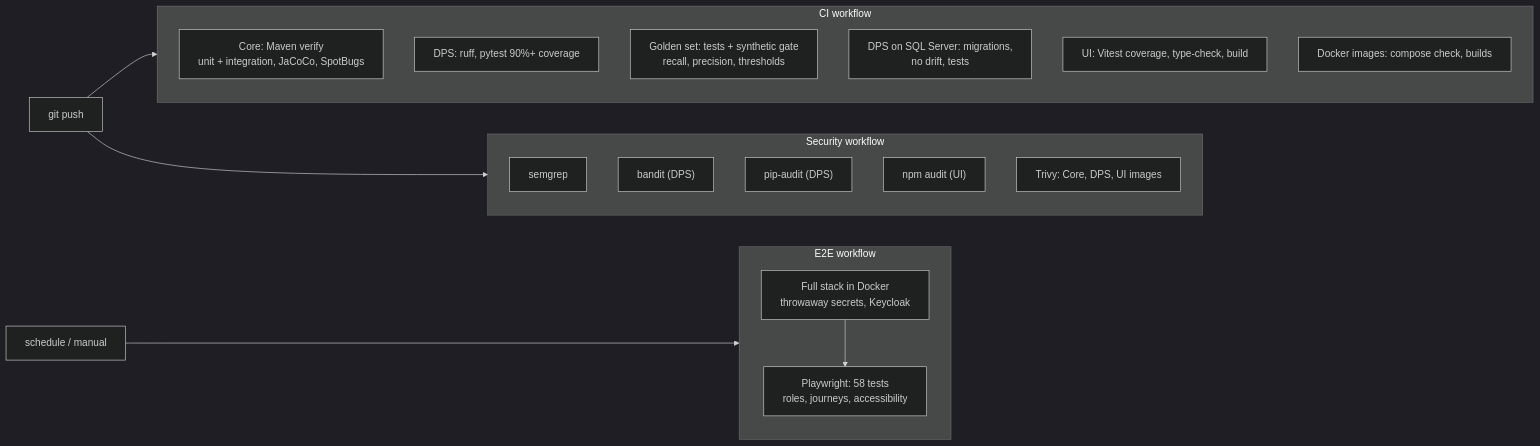
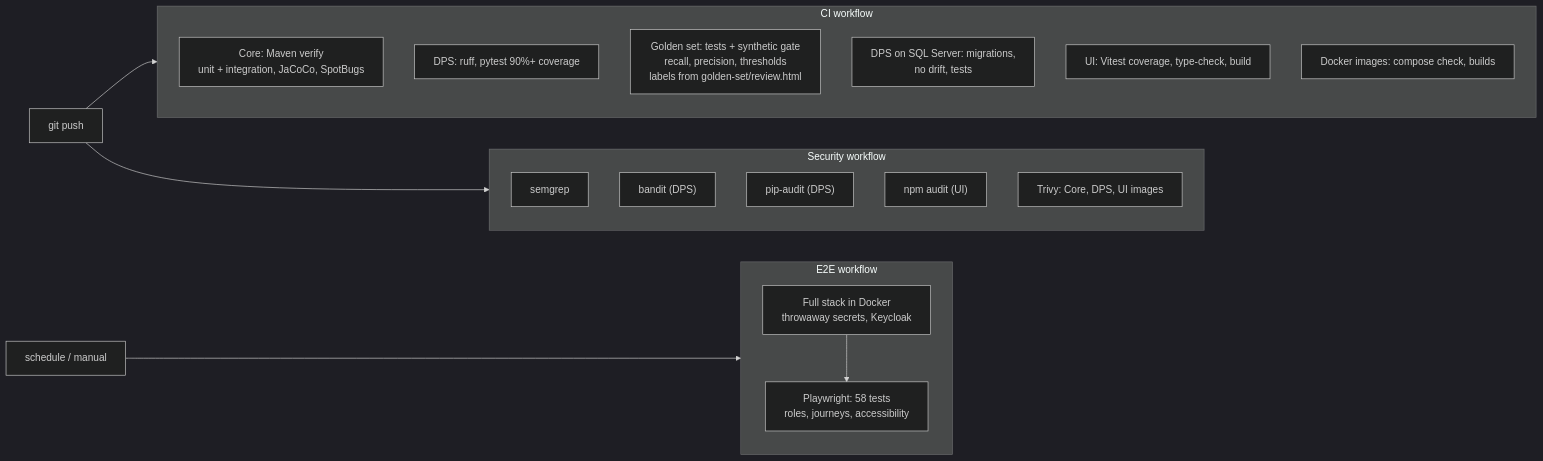
One commit to Vishwas2311/loan-covenant-platform changed the tenth of 10 diagrams in docs/architecture/covenant-platform.md. Above: the diagram before and after it, drawn with Mermaid (dark theme). The commit also changed other lines of this file, not shown here.

First line of the commit message:
docs(architecture): add 17 built features missing from the Covenexa page

````diff
--- a/docs/architecture/covenant-platform.md
+++ b/docs/architecture/covenant-platform.md
@@ -602,26 +609,26 @@
 ```mermaid
 %%{init: {"flowchart": {"wrappingWidth": 420}}}%%
 flowchart LR
     push["git push"] --> ci & secw
     nightly["schedule / manual"] --> e2e
     subgraph ci["CI workflow"]
         b1["Core: Maven verify<br/>unit + integration, JaCoCo, SpotBugs"]
         b2["DPS: ruff, pytest 90%+ coverage"]
-        b3["Golden set: tests + synthetic gate<br/>recall, precision, thresholds"]
+        b3["Golden set: tests + synthetic gate<br/>recall, precision, thresholds<br/>labels from golden-set/review.html"]
         b5["DPS on SQL Server: migrations,<br/>no drift, tests"]
         b4["UI: Vitest coverage, type-check, build"]
         b6["Docker images: compose check, builds"]
     end
     subgraph secw["Security workflow"]
         s1["semgrep"]
         s2["bandit (DPS)"]
         s3["pip-audit (DPS)"]
         s4["npm audit (UI)"]
         s5["Trivy: Core, DPS, UI images"]
     end
     subgraph e2e["E2E workflow"]
         e1["Full stack in Docker<br/>throwaway secrets, Keycloak"]
         e2["Playwright: 58 tests<br/>roles, journeys, accessibility"]
         e1 --> e2
     end
 ```
````
